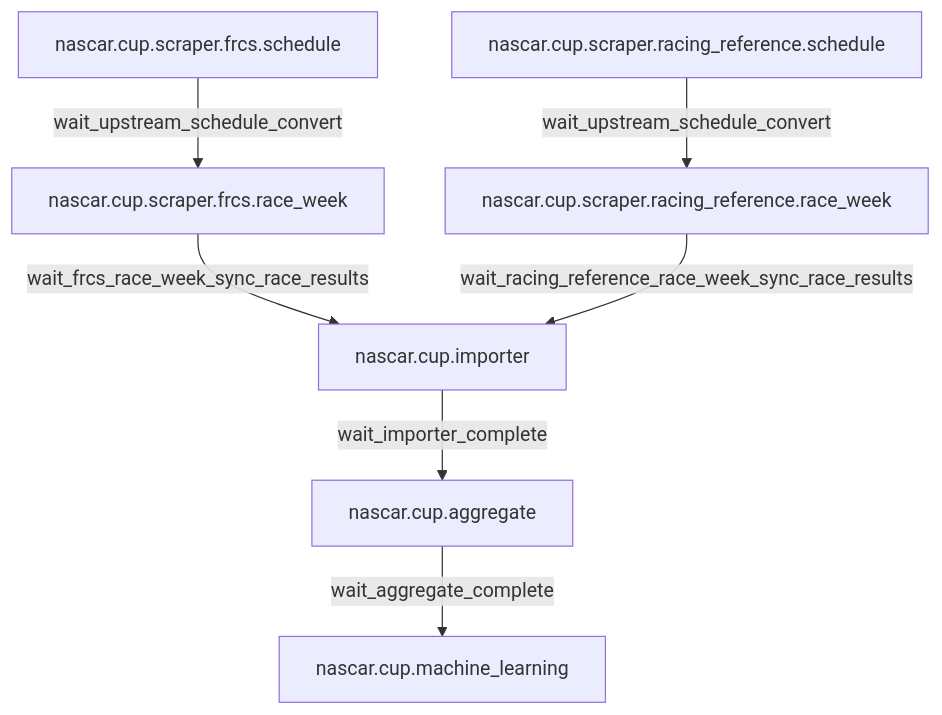
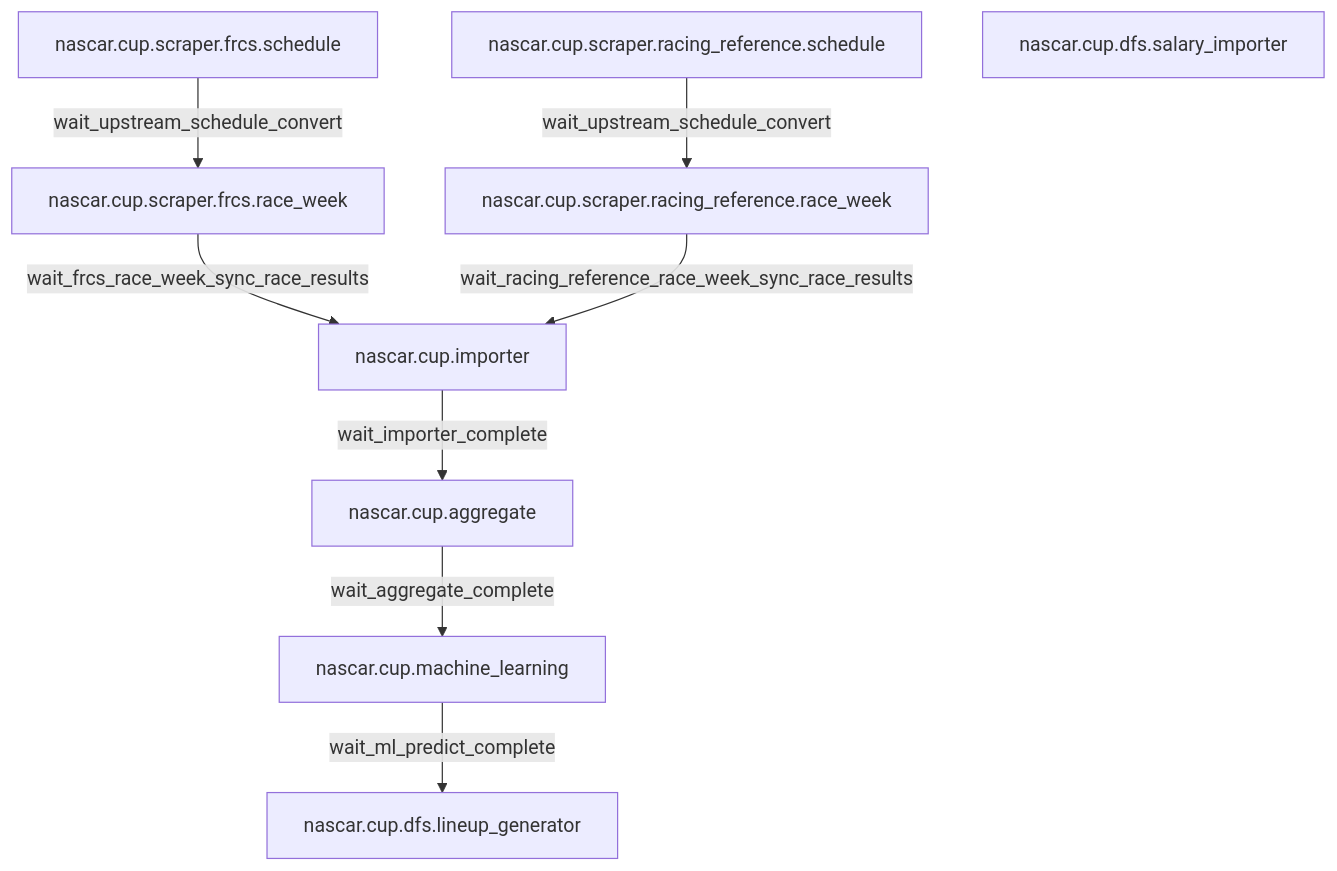
The diagram in docs/nascar/README.md (giraffalope/fantasy-sports-airflow), drawn with Mermaid before and after one commit. The commit also changed other lines of this file and 29 other files, not shown here.

````diff
--- a/docs/nascar/README.md
+++ b/docs/nascar/README.md
@@ -12,17 +12,20 @@
 ```mermaid
 flowchart TB
   FrcsSchedule[nascar.cup.scraper.frcs.schedule]
   FrcsRaceWeek[nascar.cup.scraper.frcs.race_week]
   RrSchedule[nascar.cup.scraper.racing_reference.schedule]
   RrRaceWeek[nascar.cup.scraper.racing_reference.race_week]
   Importer[nascar.cup.importer]
   Aggregate[nascar.cup.aggregate]
   MachineLearning[nascar.cup.machine_learning]
+  DfsSalary[nascar.cup.dfs.salary_importer]
+  DfsLineup[nascar.cup.dfs.lineup_generator]
 
   FrcsSchedule -->|"wait_upstream_schedule_convert"| FrcsRaceWeek
   RrSchedule -->|"wait_upstream_schedule_convert"| RrRaceWeek
   FrcsRaceWeek -->|"wait_frcs_race_week_sync_race_results"| Importer
   RrRaceWeek -->|"wait_racing_reference_race_week_sync_race_results"| Importer
   Importer -->|"wait_importer_complete"| Aggregate
   Aggregate -->|"wait_aggregate_complete"| MachineLearning
+  MachineLearning -->|"wait_ml_predict_complete"| DfsLineup
 ```
````
